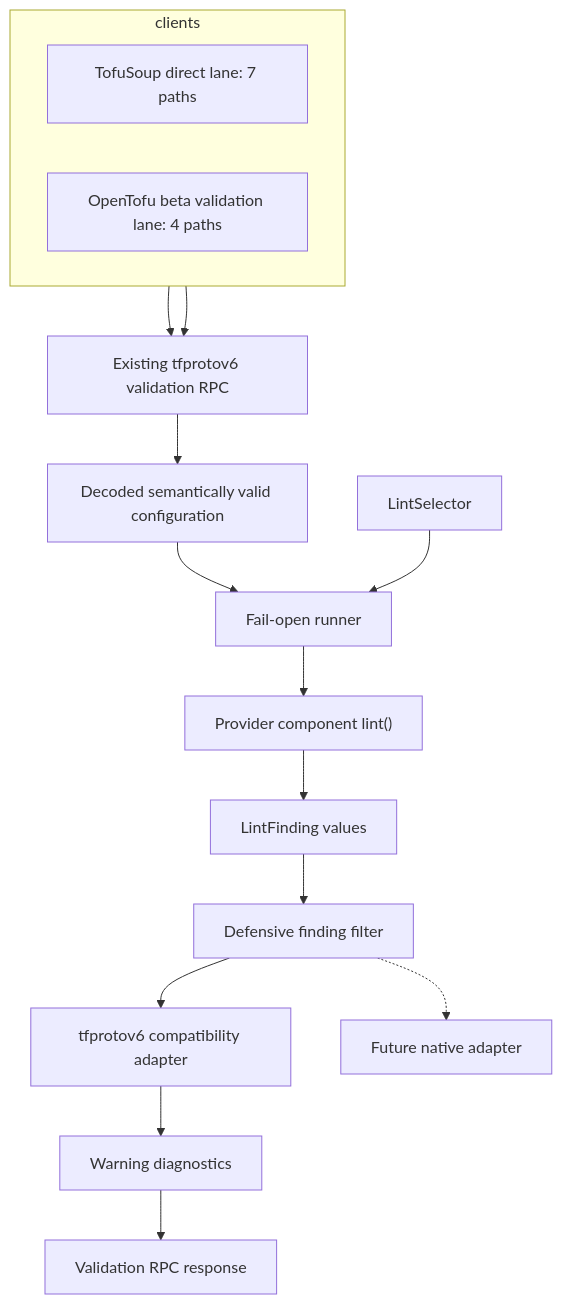
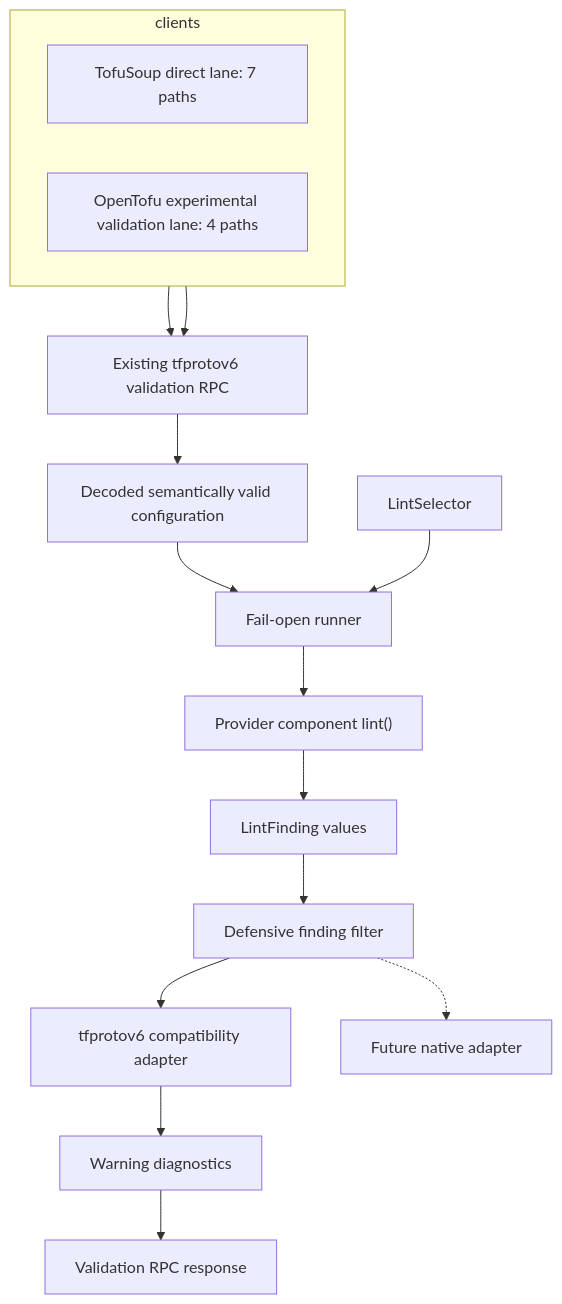
The diagram in docs/core-concepts/provider-linting.md (provide-io/pyvider), drawn with Mermaid before and after one commit. The commit also changed other lines of this file and 1 other file, not shown here.

````diff
--- a/docs/core-concepts/provider-linting.md
+++ b/docs/core-concepts/provider-linting.md
@@ -140,29 +140,29 @@
 ```mermaid
 flowchart TB
     subgraph clients
         direction LR
         tofusoup["TofuSoup direct lane: 7 paths"]
-        opentofu["OpenTofu beta validation lane: 4 paths"]
+        opentofu["OpenTofu experimental validation lane: 4 paths"]
     end
 
     validation_rpc["Existing tfprotov6 validation RPC"]
     config["Decoded semantically valid configuration"]
     selector["LintSelector"]
     runner["Fail-open runner"]
     hook["Provider component lint()"]
     findings["LintFinding values"]
     finding_filter["Defensive finding filter"]
     compatibility_adapter["tfprotov6 compatibility adapter"]
     warnings["Warning diagnostics"]
     response["Validation RPC response"]
     native_adapter["Future native adapter"]
 
     tofusoup --> validation_rpc
     opentofu --> validation_rpc
     validation_rpc --> config
     config --> runner
     selector --> runner
     runner --> hook --> findings --> finding_filter
     finding_filter --> compatibility_adapter --> warnings --> response
     finding_filter -.-> native_adapter
 ```
````
